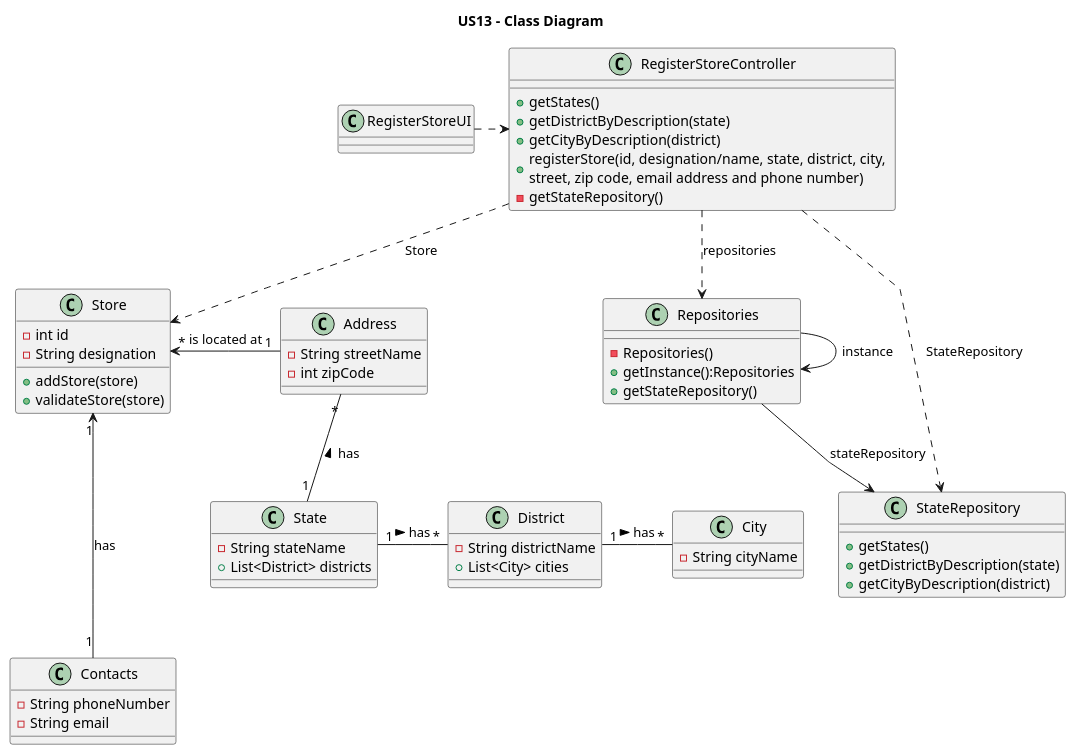
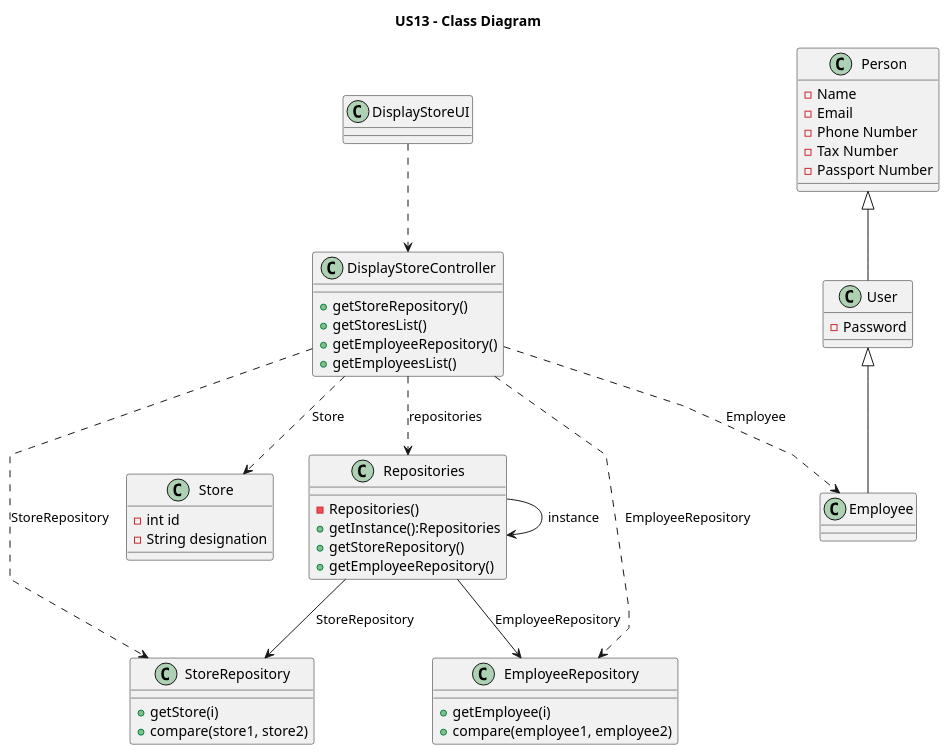
One commit to PureNimble/ISEP-LAPR2 changed the diagram in docs/sprintC/US13/03.design/puml/us13-class-diagram.puml. Above: the diagram before and after it, drawn with PlantUML. The commit also changed 29 other files, not shown here.

Commit message:
Added global files to Sprint C + US13 updated requirements readMe and design uml and svg

```diff
--- a/docs/sprintC/US13/03.design/puml/us13-class-diagram.puml
+++ b/docs/sprintC/US13/03.design/puml/us13-class-diagram.puml
@@ -1,81 +1,70 @@
 @startuml
 
 'skinparam monochrome true
 skinparam packageStyle rectangle
 skinparam shadowing false
 skinparam linetype polyline
 'skinparam linetype orto
 'skinparam classAttributeIconSize 0
 'left to right direction
 
 title US13 - Class Diagram
 
-class State {
-    - String stateName
-    + List<District> districts
-}
-
-class District {
-    - String districtName
-    + List<City> cities
-}
-
-class City {
-    - String cityName
-
-}
-
-class Address {
-    -String streetName
-    -int zipCode
-}
-
-class Contacts {
-    -String phoneNumber
-    -String email
-}
-
 class Repositories {
     -Repositories()
     +getInstance():Repositories
-    +getStateRepository()
+    +getStoreRepository()
+    +getEmployeeRepository()
 }
 
 class Store {
     -int id
     -String designation
-    +addStore(store)
-    +validateStore(store)
 }
 
-class RegisterStoreController {
-    +getStates()
-    +getDistrictByDescription(state)
-    +getCityByDescription(district)
-    +registerStore(id, designation/name, state, district, city, \nstreet, zip code, email address and phone number)
-    -getStateRepository()
+class DisplayStoreController {
+    +getStoreRepository()
+    +getStoresList()
+    +getEmployeeRepository()
+    +getEmployeesList()
 }
 
-class StateRepository {
-    +getStates()
-    +getDistrictByDescription(state)
-    +getCityByDescription(district)
+class StoreRepository {
+    +getStore(i)
+    +compare(store1, store2)
 }
 
-class RegisterStoreUI {
+class EmployeeRepository {
+    +getEmployee(i)
+    +compare(employee1, employee2)
+}
+
+class User {
+    -Password
+}
+
+class Person {
+    -Name
+    -Email
+    -Phone Number
+    -Tax Number
+    -Passport Number
+}
+
+class DisplayStoreUI {
 
 }
 
 Repositories -> Repositories:instance
-Repositories --> StateRepository: stateRepository
-RegisterStoreController ..> Repositories : repositories
-RegisterStoreController ..> StateRepository : StateRepository
-RegisterStoreController ..> Store : Store
-RegisterStoreUI .right.> RegisterStoreController
-Address "1" -left-> "*"  Store : is located at
-State "1" -up- "*" Address: has >
-District "1" -right- "*" City : has >
-State "1" -right- "*" District : has >
-Contacts "1" -up--> "1" Store: has
+Repositories --> StoreRepository: StoreRepository
+Repositories --> EmployeeRepository: EmployeeRepository
+DisplayStoreController ..> Repositories : repositories
+DisplayStoreController ..> StoreRepository : StoreRepository
+DisplayStoreController ..> EmployeeRepository : EmployeeRepository
+DisplayStoreController ..> Store : Store
+DisplayStoreController ..> Employee : Employee
+DisplayStoreUI ..> DisplayStoreController
+Person <|-- User
+User <|-- Employee
 
 @enduml
```
